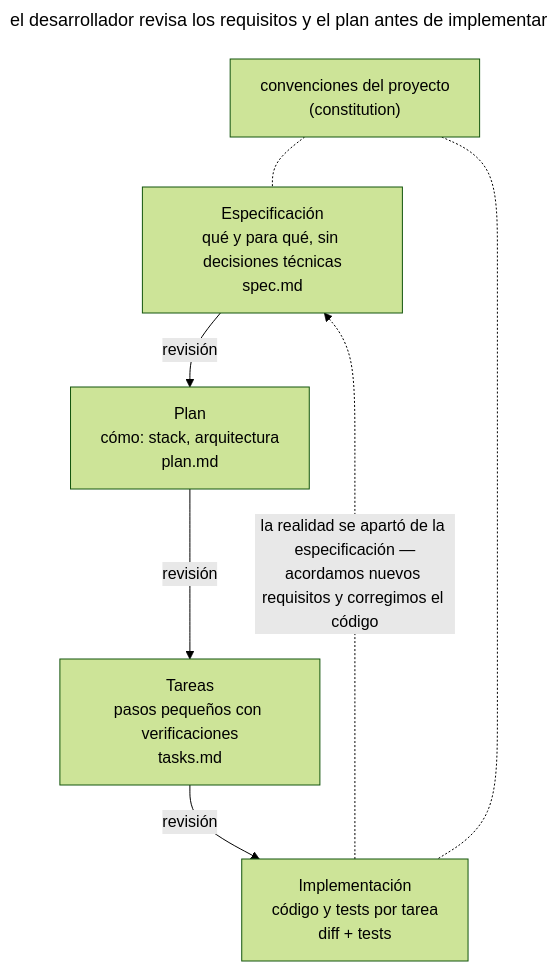
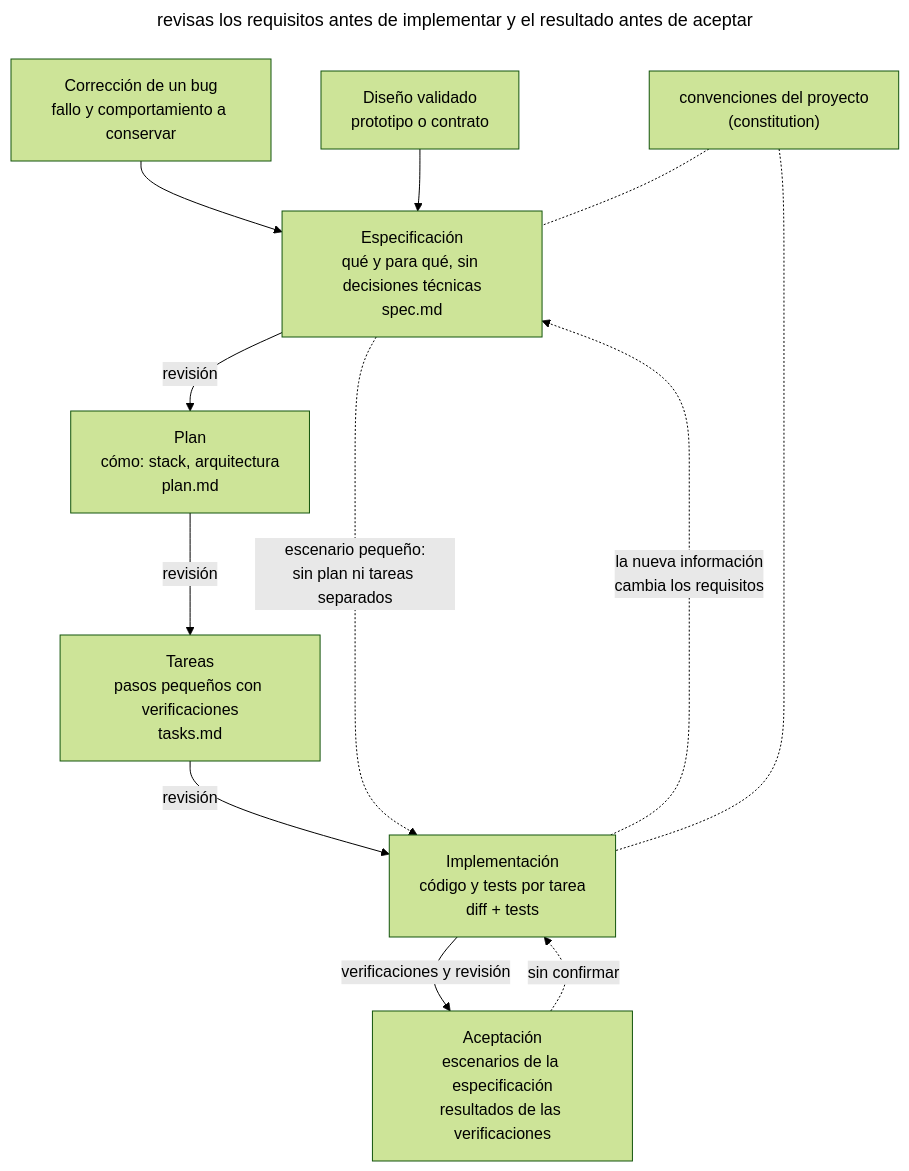
Before and after one commit to mokevnin/agentic-coding-design-patterns: the diagram in book/es/spec-driven-development.md, drawn with Mermaid (forest theme). The commit also changed other lines of this file and 3 other files, not shown here.

````diff
--- a/book/es/spec-driven-development.md
+++ b/book/es/spec-driven-development.md
@@ -41,15 +43,23 @@
 ```mermaid
 ---
-title: el desarrollador revisa los requisitos y el plan antes de implementar
+title: revisas los requisitos antes de implementar y el resultado antes de aceptar
 ---
 flowchart TB
+  bug["Corrección de un bug<br/>fallo y comportamiento a conservar"]:::muted
+  design["Diseño validado<br/>prototipo o contrato"]:::muted
   spec["Especificación<br/>qué y para qué, sin decisiones técnicas<br/>spec.md"]
   plan["Plan<br/>cómo: stack, arquitectura<br/>plan.md"]
   tasks["Tareas<br/>pasos pequeños con verificaciones<br/>tasks.md"]
   impl["Implementación<br/>código y tests por tarea<br/>diff + tests"]
+  accept["Aceptación<br/>escenarios de la especificación<br/>resultados de las verificaciones"]:::accent
   rules["convenciones del proyecto<br/>(constitution)"]:::accent
+  bug --> spec
+  design --> spec
   spec -- "revisión" --> plan -- "revisión" --> tasks -- "revisión" --> impl
-  impl -. "la realidad se apartó de la especificación —<br/>acordamos nuevos requisitos y corregimos el código" .-> spec
+  spec -. "escenario pequeño:<br/>sin plan ni tareas separados" .-> impl
+  impl -- "verificaciones y revisión" --> accept
+  accept -. "sin confirmar" .-> impl
+  impl -. "la nueva información<br/>cambia los requisitos" .-> spec
   rules -.- spec
   rules -.- impl
 ```
````
